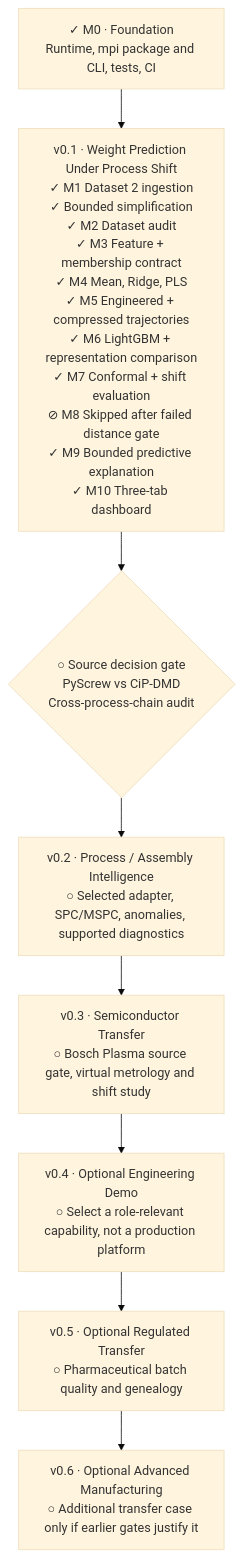
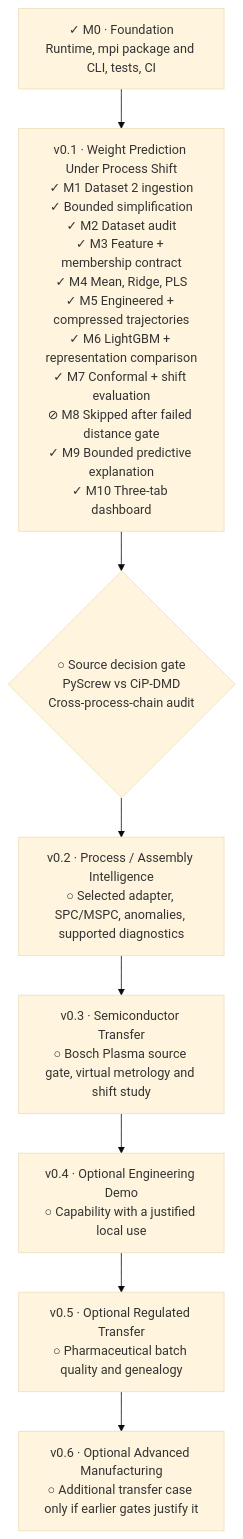
Before and after one commit to stevennitesh/manufacturing-process-intelligence: the diagram in docs/implementation-roadmap.md, drawn with Mermaid (base theme). The commit also changed other lines of this file and 28 other files, not shown here.

````diff
--- a/docs/implementation-roadmap.md
+++ b/docs/implementation-roadmap.md
@@ -45,15 +48,15 @@
 ```mermaid
 flowchart TB
     F["✓ M0 · Foundation<br/>Runtime, mpi package and CLI, tests, CI"]
 
     MVP["v0.1 · Weight Prediction Under Process Shift<br/>✓ M1 Dataset 2 ingestion<br/>✓ Bounded simplification<br/>✓ M2 Dataset audit<br/>✓ M3 Feature + membership contract<br/>✓ M4 Mean, Ridge, PLS<br/>✓ M5 Engineered + compressed trajectories<br/>✓ M6 LightGBM + representation comparison<br/>✓ M7 Conformal + shift evaluation<br/>⊘ M8 Skipped after failed distance gate<br/>✓ M9 Bounded predictive explanation<br/>✓ M10 Three-tab dashboard"]
 
     AUDIT{"○ Source decision gate<br/>PyScrew vs CiP-DMD<br/>Cross-process-chain audit"}
     PI["v0.2 · Process / Assembly Intelligence<br/>○ Selected adapter, SPC/MSPC, anomalies, supported diagnostics"]
     SEMI["v0.3 · Semiconductor Transfer<br/>○ Bosch Plasma source gate, virtual metrology and shift study"]
-    PROD["v0.4 · Optional Engineering Demo<br/>○ Select a role-relevant capability, not a production platform"]
+    PROD["v0.4 · Optional Engineering Demo<br/>○ Capability with a justified local use"]
     PHARMA["v0.5 · Optional Regulated Transfer<br/>○ Pharmaceutical batch quality and genealogy"]
     ADV["v0.6 · Optional Advanced Manufacturing<br/>○ Additional transfer case only if earlier gates justify it"]
 
     F --> MVP --> AUDIT --> PI --> SEMI --> PROD --> PHARMA --> ADV
 ```
````
